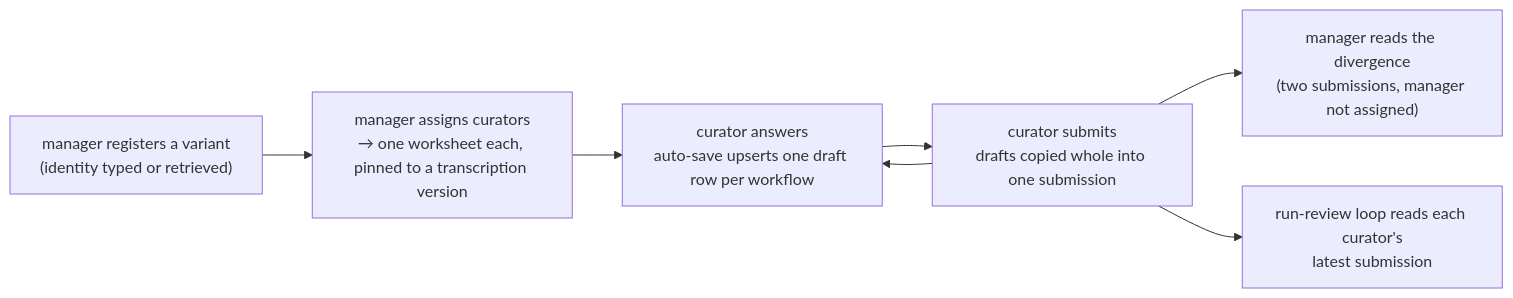
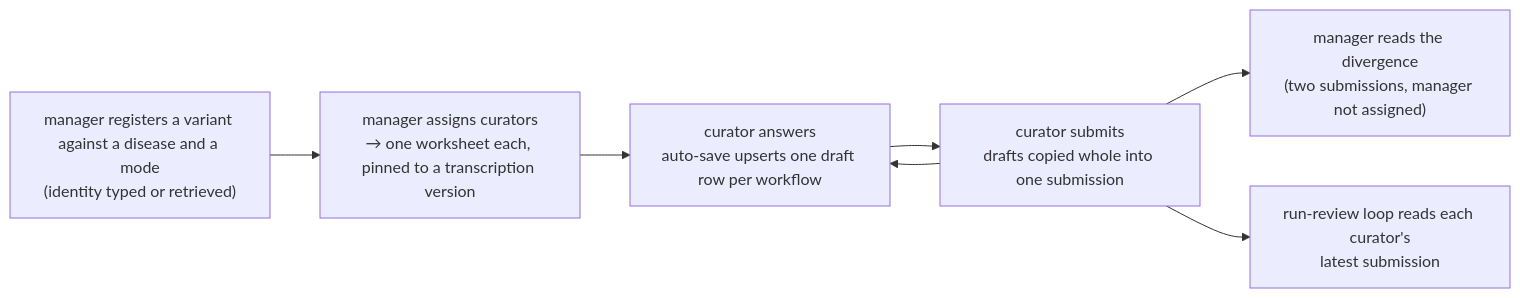
The diagram in docs/design/curation-surface.md (populationgenomics/themis), drawn with Mermaid before and after one commit. The commit also changed other lines of this file and 20 other files, not shown here.

````diff
--- a/docs/design/curation-surface.md
+++ b/docs/design/curation-surface.md
@@ -247,9 +252,9 @@
 ```mermaid
 flowchart LR
-    reg["manager registers a variant<br>(identity typed or retrieved)"] --> assign["manager assigns curators<br>→ one worksheet each, pinned to a transcription version"]
+    reg["manager registers a variant against a disease and a mode<br>(identity typed or retrieved)"] --> assign["manager assigns curators<br>→ one worksheet each, pinned to a transcription version"]
     assign --> draft["curator answers<br>auto-save upserts one draft row per workflow"]
     draft --> submit["curator submits<br>drafts copied whole into one submission"]
     submit --> draft
     submit --> compare["manager reads the divergence<br>(two submissions, manager not assigned)"]
     submit --> loop["run-review loop reads each curator's<br>latest submission"]
 ```
````
